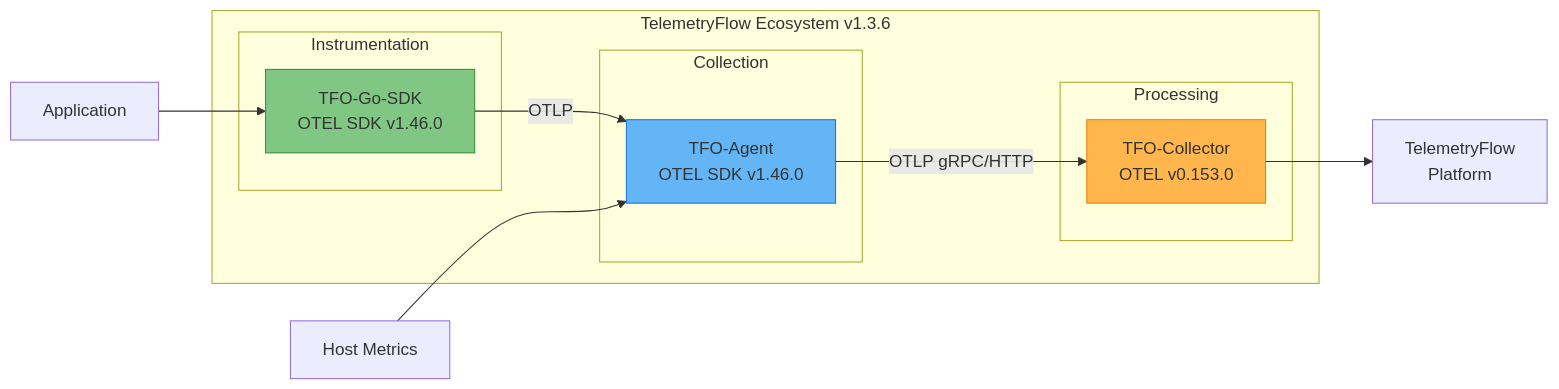
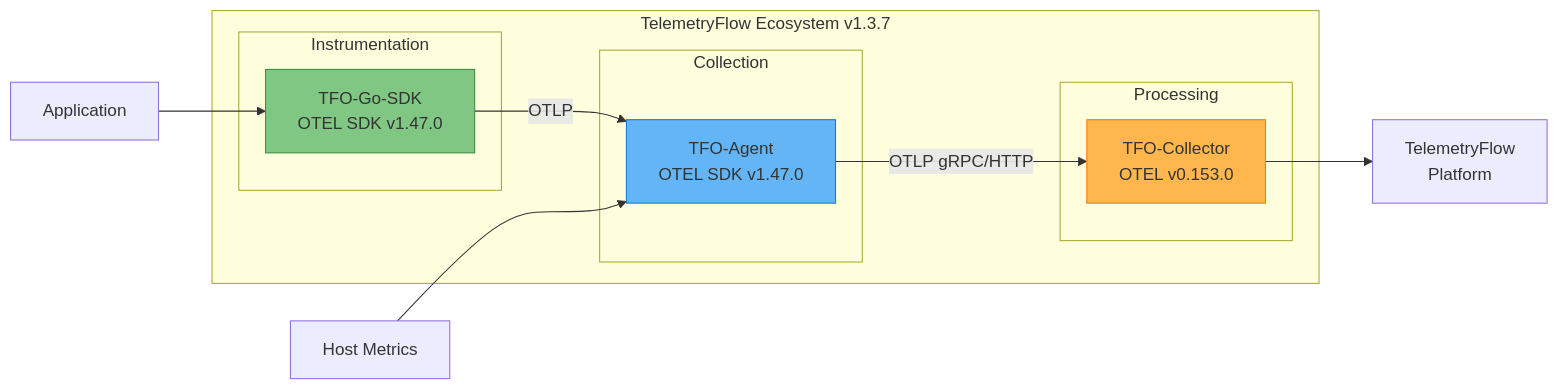
The first of 3 diagrams in docs/README.md (telemetryflow/telemetryflow-agent), drawn with Mermaid before and after one commit. The commit also changed other lines of this file and 38 other files, not shown here.

````diff
--- a/docs/README.md
+++ b/docs/README.md
@@ -29,26 +29,26 @@
 ```mermaid
 graph LR
-    subgraph "TelemetryFlow Ecosystem v1.3.6"
+    subgraph "TelemetryFlow Ecosystem v1.3.7"
         subgraph "Instrumentation"
-            SDK[TFO-Go-SDK<br/>OTEL SDK v1.46.0]
+            SDK[TFO-Go-SDK<br/>OTEL SDK v1.47.0]
         end
 
         subgraph "Collection"
-            AGENT[TFO-Agent<br/>OTEL SDK v1.46.0]
+            AGENT[TFO-Agent<br/>OTEL SDK v1.47.0]
         end
 
         subgraph "Processing"
             COLLECTOR[TFO-Collector<br/>OTEL v0.153.0]
         end
     end
 
     APP[Application] --> SDK
     SDK -->|OTLP| AGENT
     HOST[Host Metrics] --> AGENT
     AGENT -->|OTLP gRPC/HTTP| COLLECTOR
     COLLECTOR --> BACKEND[TelemetryFlow<br/>Platform]
 
     style SDK fill:#81C784,stroke:#388E3C
     style AGENT fill:#64B5F6,stroke:#1976D2
     style COLLECTOR fill:#FFB74D,stroke:#F57C00
 ```
````
